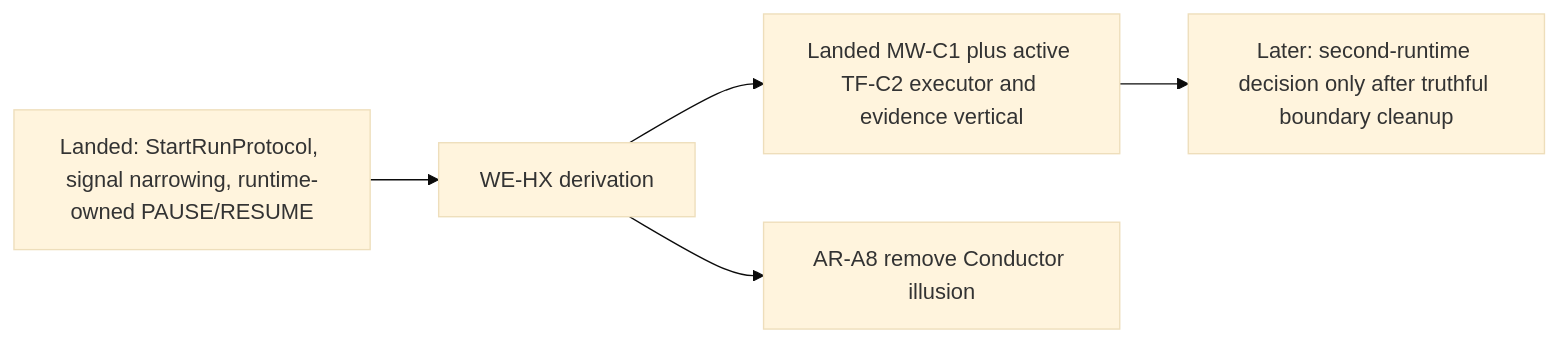
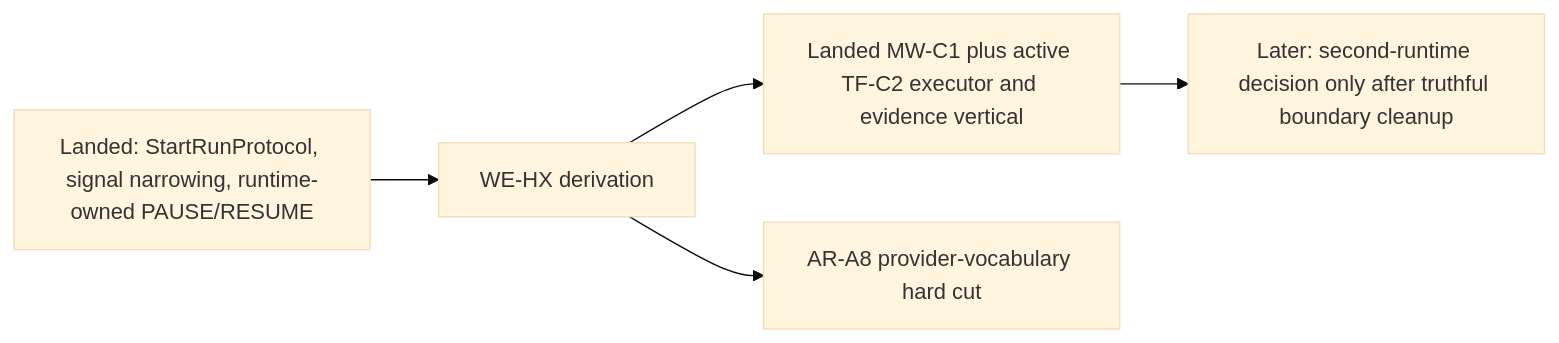
One commit to dunay2/dvt changed the first of 2 diagrams in docs/architecture/components/engine/roadmap/engine-phases.md. Above: the diagram before and after it, drawn with Mermaid (base theme). The commit also changed other lines of this file and 82 other files, not shown here.

Commit message:
fix(contracts): Hard-cut runtime provider vocabulary to Temporal

````diff
--- a/docs/architecture/components/engine/roadmap/engine-phases.md
+++ b/docs/architecture/components/engine/roadmap/engine-phases.md
@@ -57,7 +57,7 @@
 ```mermaid
 flowchart LR
   Landed["Landed: StartRunProtocol, signal narrowing, runtime-owned PAUSE/RESUME"] --> Hex["WE-HX derivation"]
   Hex --> Runtime["Landed MW-C1 plus active TF-C2 executor and evidence vertical"]
-  Hex --> Cleanup["AR-A8 remove Conductor illusion"]
+  Hex --> Cleanup["AR-A8 provider-vocabulary hard cut"]
   Runtime --> Later["Later: second-runtime decision only after truthful boundary cleanup"]
 ```
````
